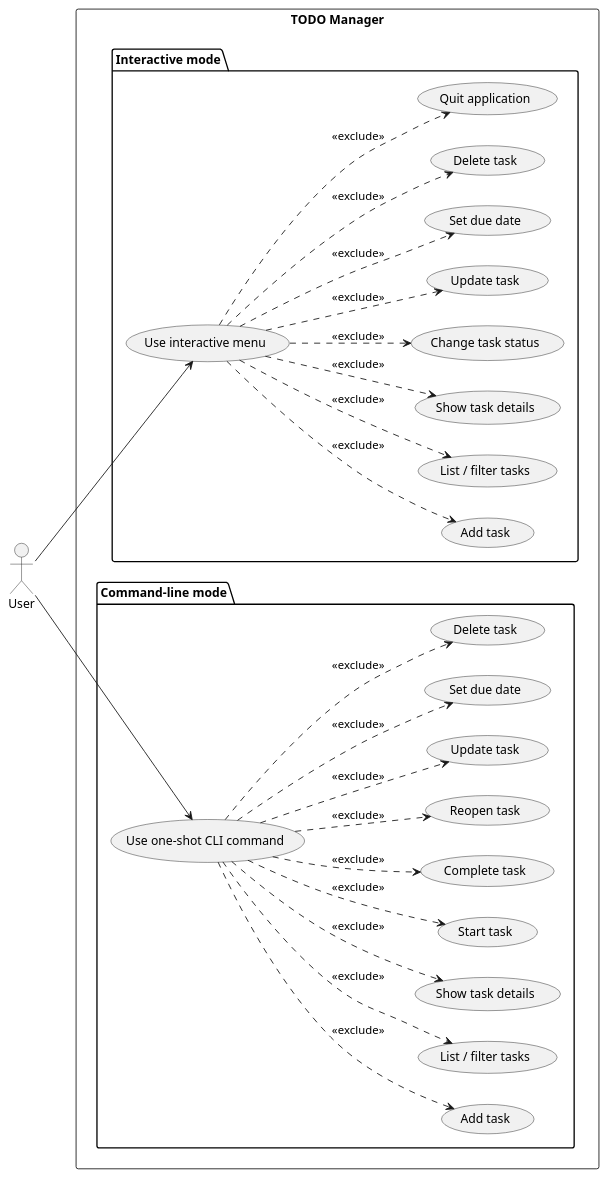
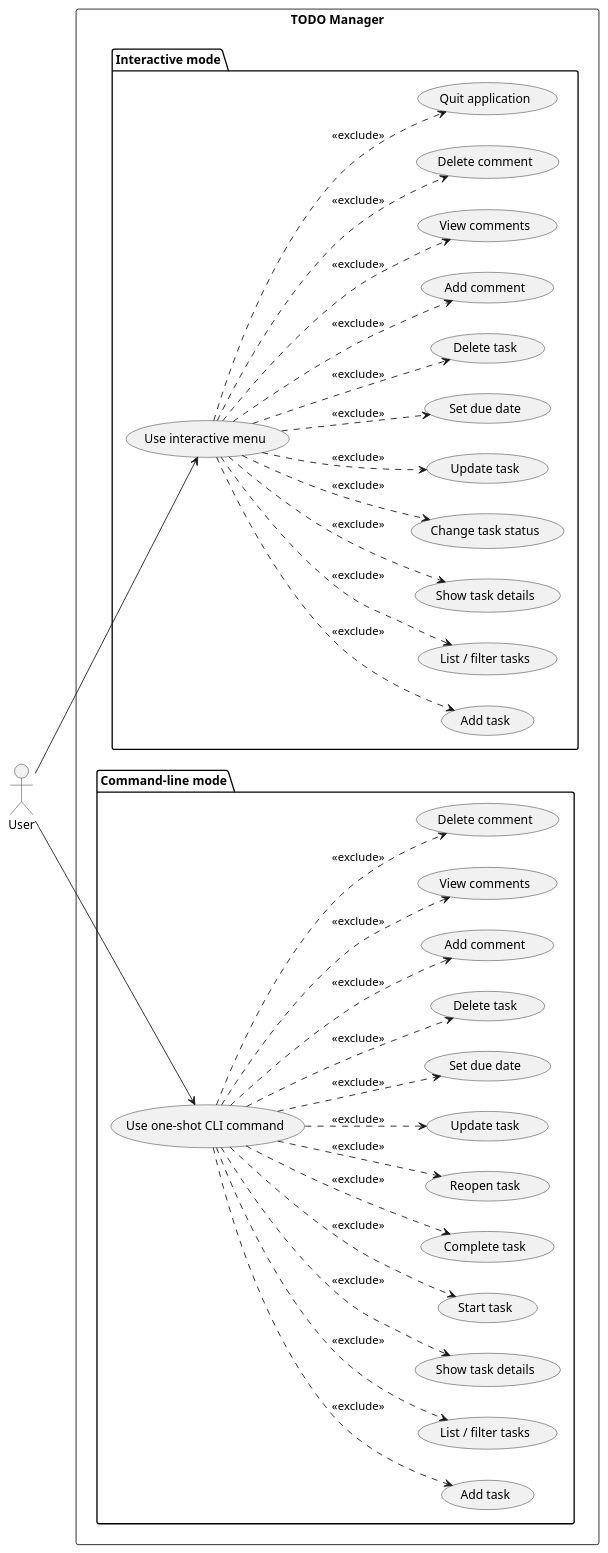
Before and after one commit to DanielRiha8906/Software_autoevolution_using_agents: the diagram in experiments/pipeline/user_stories/TODO/artifacts/use_case_diagram.puml, drawn with PlantUML. The commit also changed 9 other files, not shown here.

```diff
--- a/experiments/pipeline/user_stories/TODO/artifacts/use_case_diagram.puml
+++ b/experiments/pipeline/user_stories/TODO/artifacts/use_case_diagram.puml
@@ -1,57 +1,69 @@
 @startuml use_case_diagram
 
 left to right direction
 
 actor User
 
 rectangle "TODO Manager" {
 
   package "Interactive mode" {
     usecase "Use interactive menu" as UI
     usecase "Add task" as I_ADD
     usecase "List / filter tasks" as I_LIST
     usecase "Show task details" as I_SHOW
     usecase "Change task status" as I_STATUS
     usecase "Update task" as I_UPDATE
     usecase "Set due date" as I_DUEDATE
     usecase "Delete task" as I_DELETE
+    usecase "Add comment" as I_COMMENT_ADD
+    usecase "View comments" as I_COMMENT_VIEW
+    usecase "Delete comment" as I_COMMENT_DELETE
     usecase "Quit application" as I_QUIT
   }
 
   package "Command-line mode" {
     usecase "Use one-shot CLI command" as CLI
     usecase "Add task" as C_ADD
     usecase "List / filter tasks" as C_LIST
     usecase "Show task details" as C_SHOW
     usecase "Start task" as C_START
     usecase "Complete task" as C_DONE
     usecase "Reopen task" as C_REOPEN
     usecase "Update task" as C_UPDATE
     usecase "Set due date" as C_DUEDATE
     usecase "Delete task" as C_DELETE
+    usecase "Add comment" as C_COMMENT_ADD
+    usecase "View comments" as C_COMMENT_VIEW
+    usecase "Delete comment" as C_COMMENT_DELETE
   }
 }
 
 User --> UI
 User --> CLI
 
 UI ..> I_ADD      : <<exclude>>
 UI ..> I_LIST     : <<exclude>>
 UI ..> I_SHOW     : <<exclude>>
 UI ..> I_STATUS   : <<exclude>>
 UI ..> I_UPDATE   : <<exclude>>
 UI ..> I_DUEDATE  : <<exclude>>
 UI ..> I_DELETE   : <<exclude>>
+UI ..> I_COMMENT_ADD : <<exclude>>
+UI ..> I_COMMENT_VIEW : <<exclude>>
+UI ..> I_COMMENT_DELETE : <<exclude>>
 UI ..> I_QUIT     : <<exclude>>
 
 CLI ..> C_ADD     : <<exclude>>
 CLI ..> C_LIST    : <<exclude>>
 CLI ..> C_SHOW    : <<exclude>>
 CLI ..> C_START   : <<exclude>>
 CLI ..> C_DONE    : <<exclude>>
 CLI ..> C_REOPEN  : <<exclude>>
 CLI ..> C_UPDATE  : <<exclude>>
 CLI ..> C_DUEDATE : <<exclude>>
 CLI ..> C_DELETE  : <<exclude>>
+CLI ..> C_COMMENT_ADD : <<exclude>>
+CLI ..> C_COMMENT_VIEW : <<exclude>>
+CLI ..> C_COMMENT_DELETE : <<exclude>>
 
 @enduml
```
